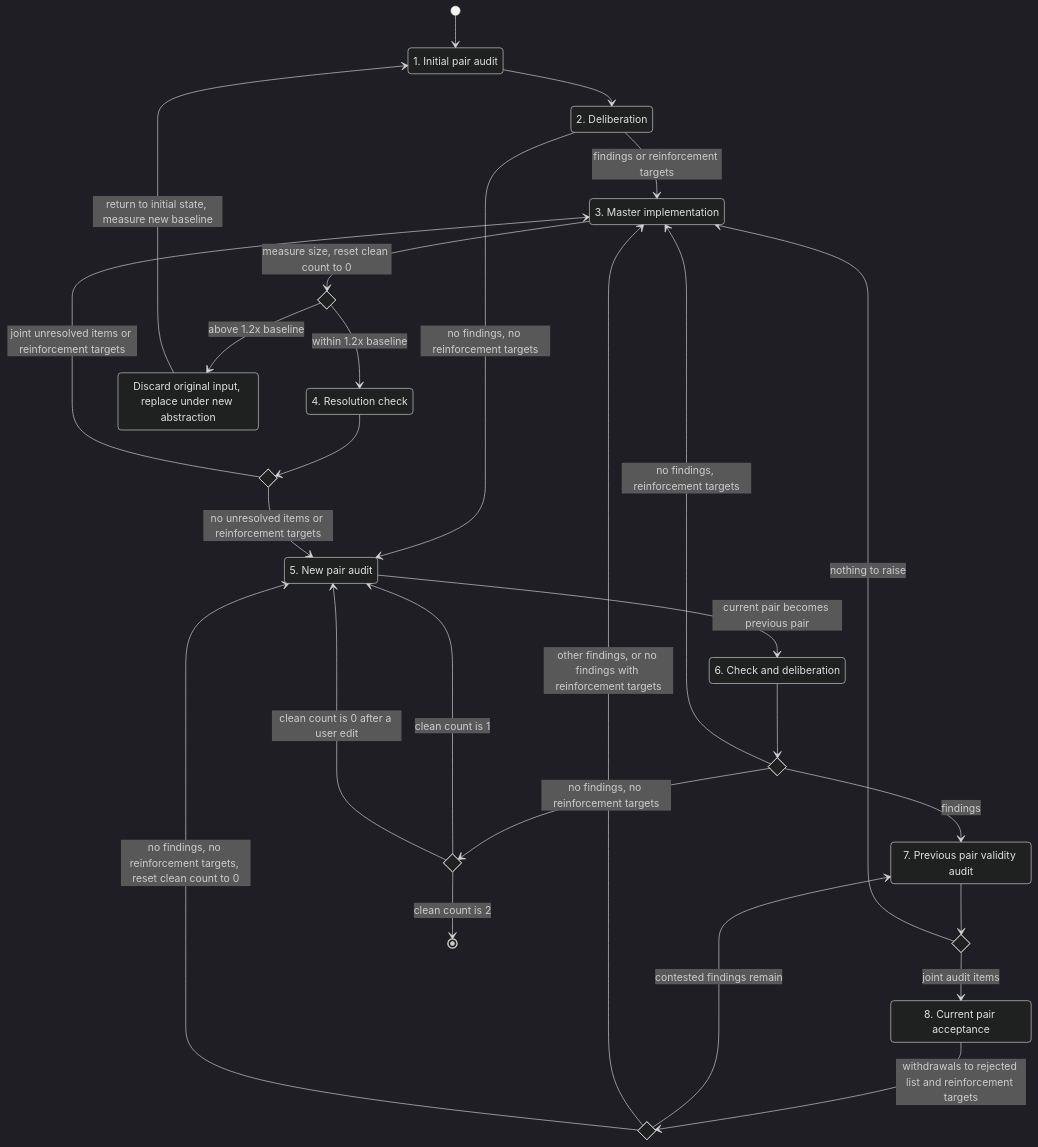
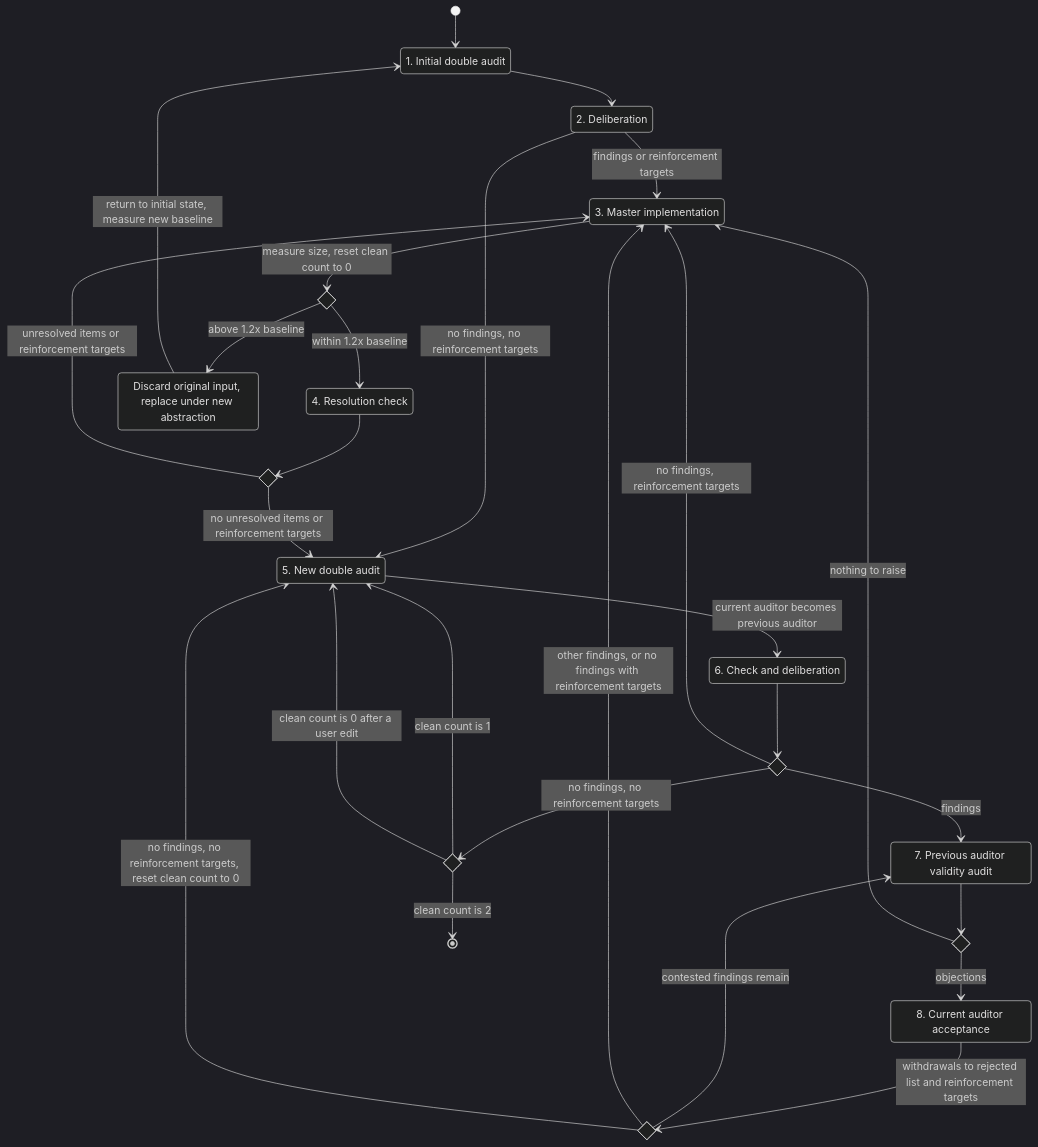
One commit to u1f992/dotfiles changed the diagram in .agents/skills/self-improvement-loop-local/SKILL.md. Above: the diagram before and after it, drawn with Mermaid (dark theme). The commit also changed other lines of this file, not shown here.

Commit message:
Replace audit pairs with an auditor double-checked only in finding problems

````diff
--- a/.agents/skills/self-improvement-loop-local/SKILL.md
+++ b/.agents/skills/self-improvement-loop-local/SKILL.md
@@ -84,45 +84,45 @@
 ```mermaid
 stateDiagram-v2
-    state "1. Initial pair audit" as S1
+    state "1. Initial double audit" as S1
     state "2. Deliberation" as S2
     state "3. Master implementation" as S3
     state "4. Resolution check" as S4
-    state "5. New pair audit" as S5
+    state "5. New double audit" as S5
     state "6. Check and deliberation" as S6
-    state "7. Previous pair validity audit" as S7
-    state "8. Current pair acceptance" as S8
+    state "7. Previous auditor validity audit" as S7
+    state "8. Current auditor acceptance" as S8
     state measure <<choice>>
     state resolved <<choice>>
     state judged <<choice>>
     state streak <<choice>>
     state validity <<choice>>
     state resubmitted <<choice>>
     state "Discard original input, replace under new abstraction" as Replace
 
     [*] --> S1
     S1 --> S2
     S2 --> S3 : findings or reinforcement targets
     S2 --> S5 : no findings, no reinforcement targets
     S3 --> measure : measure size, reset clean count to 0
     measure --> Replace : above 1.2x baseline
     measure --> S4 : within 1.2x baseline
     Replace --> S1 : return to initial state, measure new baseline
     S4 --> resolved
     resolved --> S5 : no unresolved items or reinforcement targets
-    resolved --> S3 : joint unresolved items or reinforcement targets
-    S5 --> S6 : current pair becomes previous pair
+    resolved --> S3 : unresolved items or reinforcement targets
+    S5 --> S6 : current auditor becomes previous auditor
     S6 --> judged
     judged --> S7 : findings
     judged --> S3 : no findings, reinforcement targets
     judged --> streak : no findings, no reinforcement targets
     streak --> S5 : clean count is 1
     streak --> S5 : clean count is 0 after a user edit
     streak --> [*] : clean count is 2
     S7 --> validity
     validity --> S3 : nothing to raise
-    validity --> S8 : joint audit items
+    validity --> S8 : objections
     S8 --> resubmitted : withdrawals to rejected list and reinforcement targets
     resubmitted --> S7 : contested findings remain
     resubmitted --> S3 : other findings, or no findings with reinforcement targets
     resubmitted --> S5 : no findings, no reinforcement targets, reset clean count to 0
 ```
````
